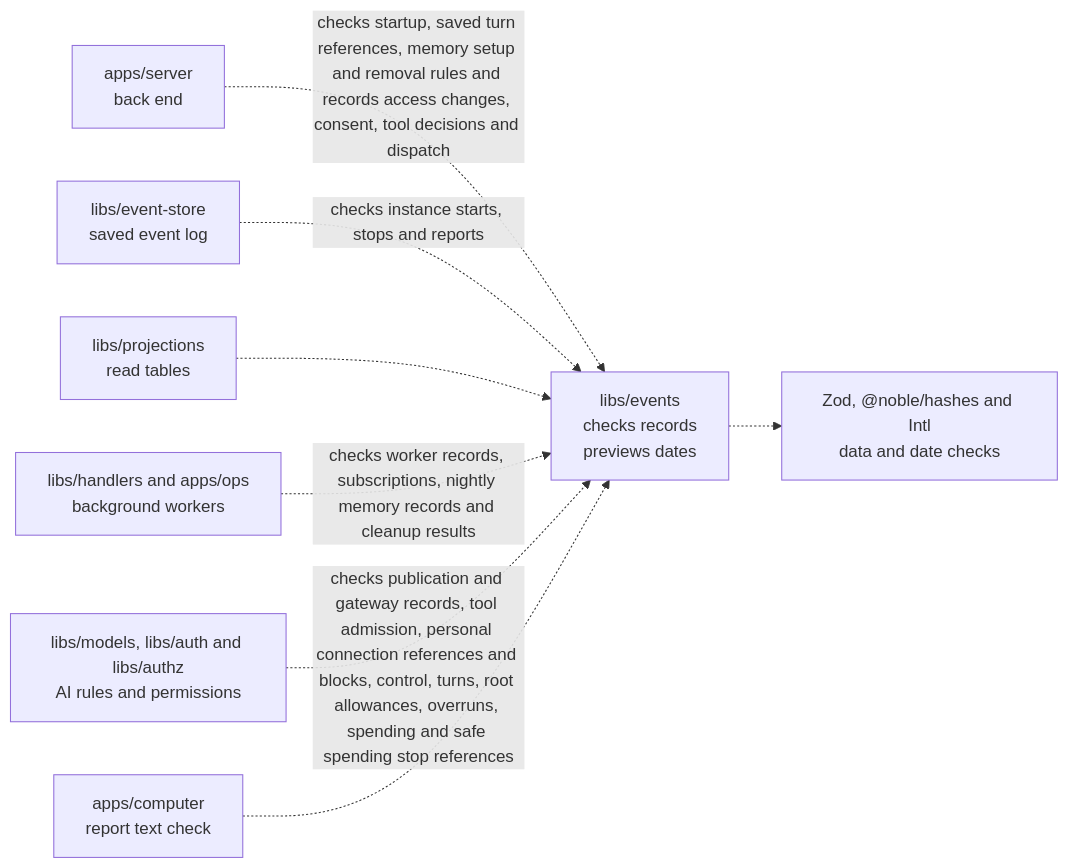
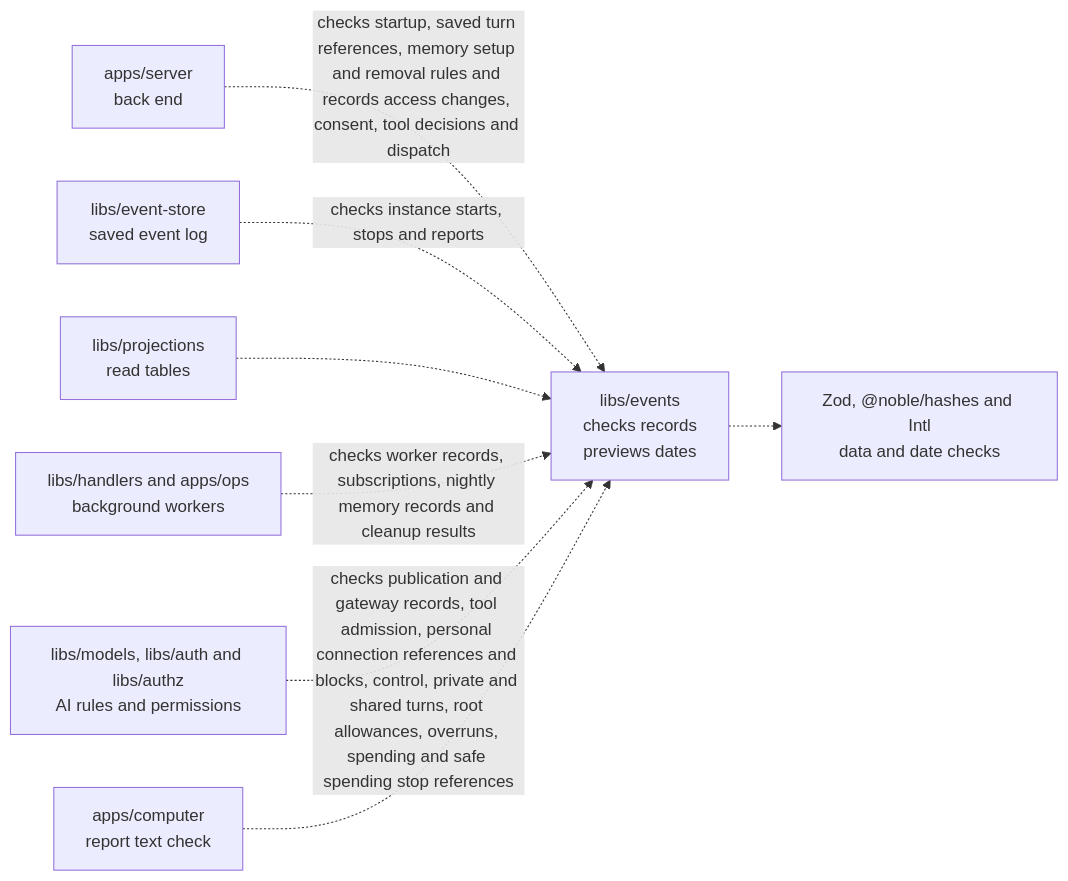
The diagram in libs/events/README.md (elewa-git/opencrane-new), drawn with Mermaid before and after one commit. The commit also changed other lines of this file and 9 other files, not shown here.

Commit message:
🧩 Admit shared child descendants with current participation and fixed root fields

````diff
--- a/libs/events/README.md
+++ b/libs/events/README.md
@@ -27,10 +27,10 @@
 ```mermaid
 flowchart LR
   server["apps/server<br/>back end"] -.->|checks startup, saved turn references, memory setup and removal rules and records access changes, consent, tool decisions and dispatch| events["libs/events<br/>checks records<br/>previews dates"]
   store["libs/event-store<br/>saved event log"] -.->|checks instance starts, stops and reports| events
   projections["libs/projections<br/>read tables"] -.-> events
   workers["libs/handlers and apps/ops<br/>background workers"] -.->|checks worker records, subscriptions, nightly memory records and cleanup results| events
-  others["libs/models, libs/auth and libs/authz<br/>AI rules and permissions"] -.->|checks publication and gateway records, tool admission, personal connection references and blocks, control, turns, root allowances, overruns, spending and safe spending stop references| events
+  others["libs/models, libs/auth and libs/authz<br/>AI rules and permissions"] -.->|checks publication and gateway records, tool admission, personal connection references and blocks, control, private and shared turns, root allowances, overruns, spending and safe spending stop references| events
   computer["apps/computer<br/>report text check"] -.-> events
   events -.-> checks["Zod, @noble/hashes and Intl<br/>data and date checks"]
 ```
````
